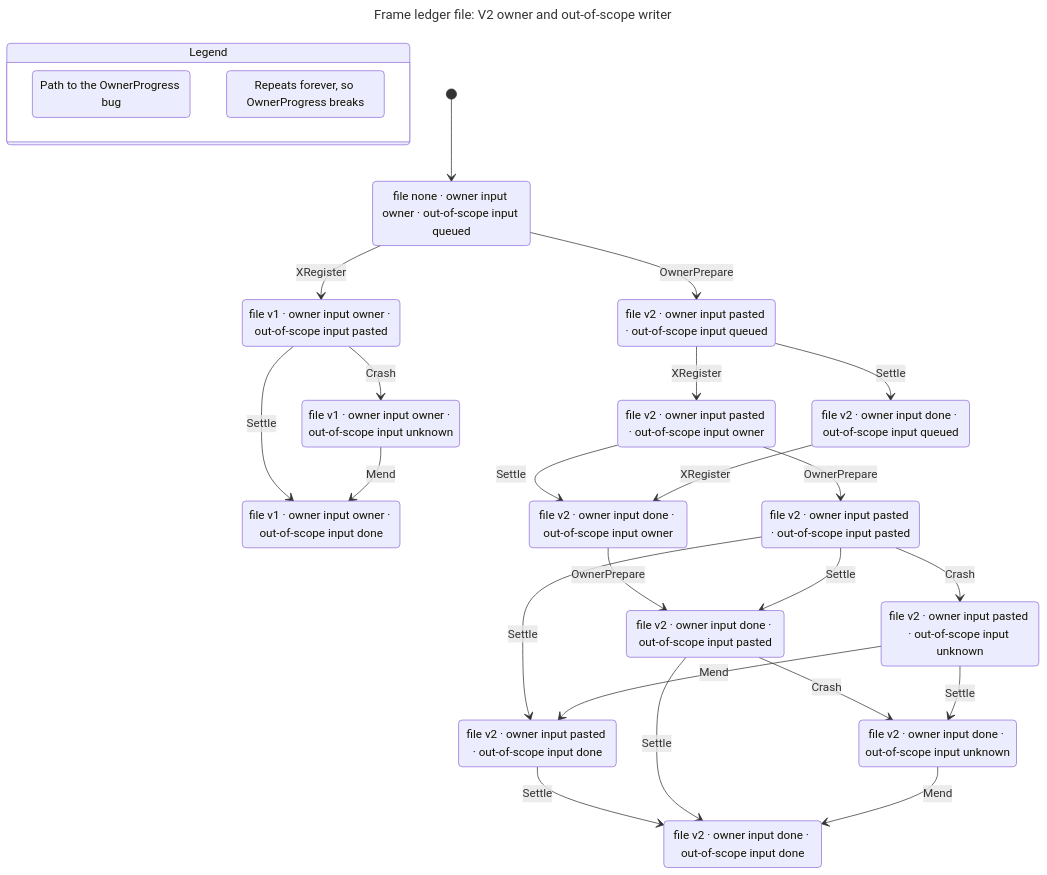
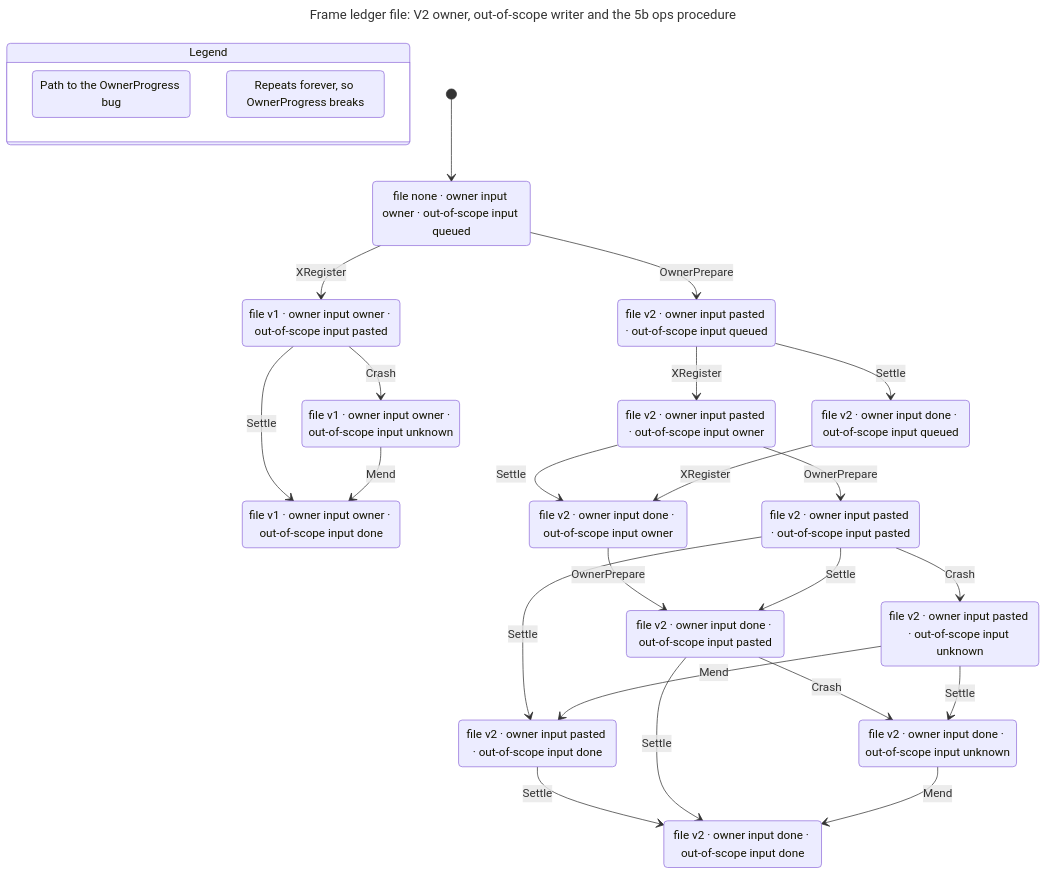
One commit to itismyfield/AgentDesk changed the diagram in docs/statecharts/input-single-path/ledger-format-drop-migration.chart.mmd. Above: the diagram before and after it, drawn with Mermaid. The commit also changed 22 other files, not shown here.

```diff
--- a/docs/statecharts/input-single-path/ledger-format-drop-migration.chart.mmd
+++ b/docs/statecharts/input-single-path/ledger-format-drop-migration.chart.mmd
@@ -1,48 +1,48 @@
 ---
-title: "Frame ledger file: V2 owner and out-of-scope writer"
+title: "Frame ledger file: V2 owner, out-of-scope writer and the 5b ops procedure"
 ---
 stateDiagram-v2
   state "Legend" as legend {
     lg0: Path to the OwnerProgress bug
     lg1: Repeats forever, so OwnerProgress breaks
   }
   class lg0 bugPath
   class lg1 repeats
   s0: file none #183; owner input owner #183; out-of-scope input queued
   s1: file v1 #183; owner input owner #183; out-of-scope input pasted
   s2: file v2 #183; owner input pasted #183; out-of-scope input queued
   s3: file v1 #183; owner input owner #183; out-of-scope input done
   s4: file v1 #183; owner input owner #183; out-of-scope input unknown
   s5: file v2 #183; owner input pasted #183; out-of-scope input owner
   s6: file v2 #183; owner input done #183; out-of-scope input queued
   s7: file v2 #183; owner input done #183; out-of-scope input owner
   s8: file v2 #183; owner input pasted #183; out-of-scope input pasted
   s9: file v2 #183; owner input pasted #183; out-of-scope input done
   s10: file v2 #183; owner input done #183; out-of-scope input pasted
   s11: file v2 #183; owner input pasted #183; out-of-scope input unknown
   s12: file v2 #183; owner input done #183; out-of-scope input done
   s13: file v2 #183; owner input done #183; out-of-scope input unknown
   [*] --> s0
   s0 --> s1: XRegister
   s0 --> s2: OwnerPrepare
   s1 --> s3: Settle
   s1 --> s4: Crash
   s2 --> s5: XRegister
   s2 --> s6: Settle
   s4 --> s3: Mend
   s5 --> s7: Settle
   s5 --> s8: OwnerPrepare
   s6 --> s7: XRegister
   s7 --> s10: OwnerPrepare
   s8 --> s9: Settle
   s8 --> s10: Settle
   s8 --> s11: Crash
   s9 --> s12: Settle
   s10 --> s12: Settle
   s10 --> s13: Crash
   s11 --> s9: Mend
   s11 --> s13: Settle
   s13 --> s12: Mend
   class s0 bugPath
   class s1 bugPath
   class s3 repeats
```
